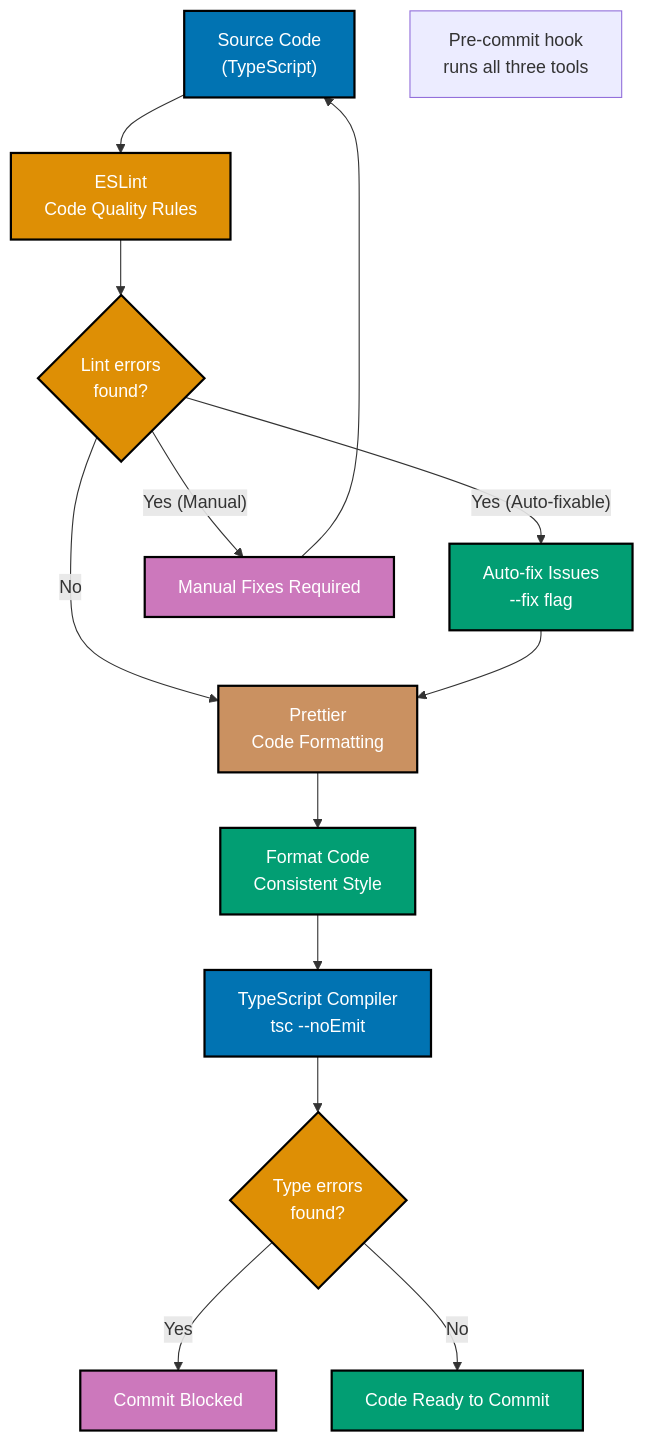
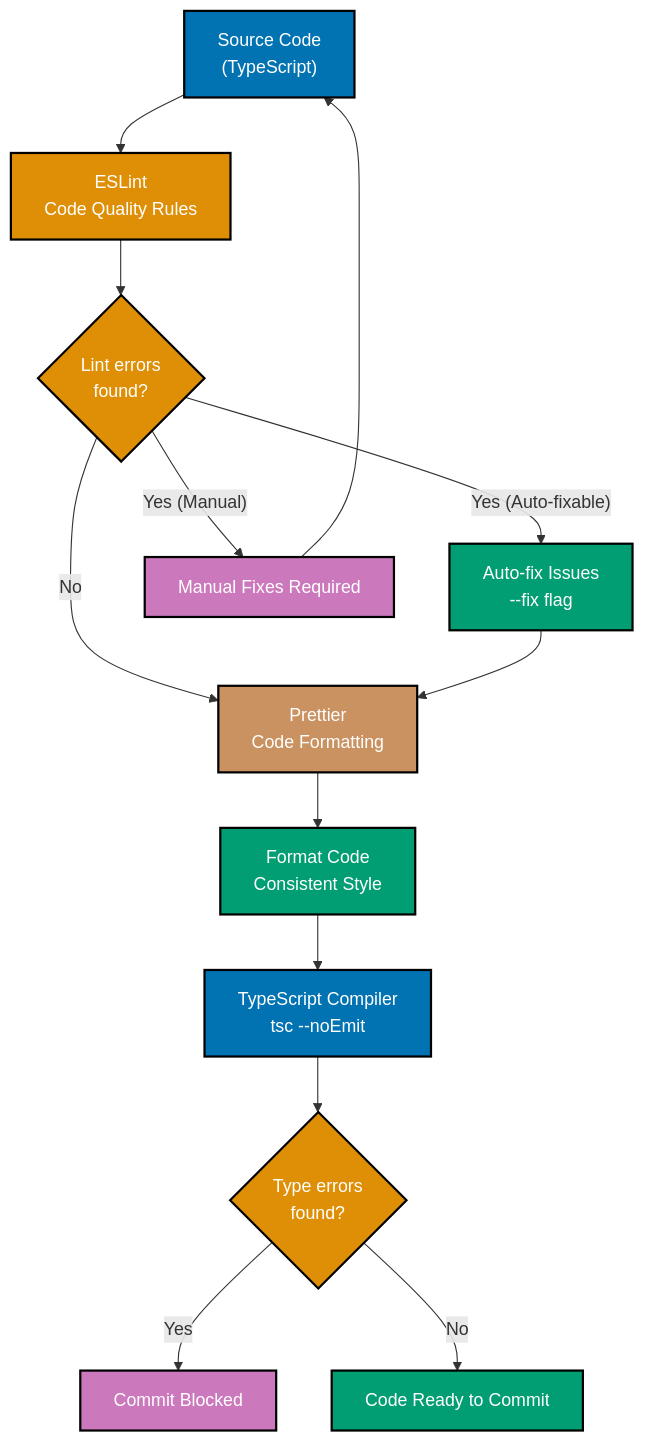
The first of 5 diagrams in docs/explanation/software-engineering/programming-languages/typescript/linting-and-formatting.md (wahidyankf/ose-primer), drawn with Mermaid before and after one commit. The commit also changed other lines of this file and 16 other files, not shown here.

Commit message:
fix(docs): fix mermaid violations in typescript/ docs (batch 1/10)

````diff
--- a/docs/explanation/software-engineering/programming-languages/typescript/linting-and-formatting.md
+++ b/docs/explanation/software-engineering/programming-languages/typescript/linting-and-formatting.md
@@ -40,39 +40,37 @@
 ```mermaid
 %% Color Palette: Blue #0173B2, Orange #DE8F05, Teal #029E73, Purple #CC78BC, Brown #CA9161
 graph TD
     Code["Source Code<br/>#40;TypeScript#41;"]:::blue
     ESLint["ESLint<br/>Code Quality Rules"]:::orange
     ESLintErrors{"Lint errors<br/>found?"}:::orange
     AutoFix["Auto-fix Issues<br/>--fix flag"]:::teal
     ManualFix["Manual Fixes Required"]:::purple
 
     Prettier["Prettier<br/>Code Formatting"]:::brown
     PrettierFormat["Format Code<br/>Consistent Style"]:::teal
 
     TSC["TypeScript Compiler<br/>tsc --noEmit"]:::blue
     TypeErrors{"Type errors<br/>found?"}:::orange
     Success["Code Ready to Commit"]:::teal
     Fail["Commit Blocked"]:::purple
 
     Code --> ESLint
     ESLint --> ESLintErrors
     ESLintErrors -->|Yes #40;Auto-fixable#41;| AutoFix
     ESLintErrors -->|Yes #40;Manual#41;| ManualFix
     ESLintErrors -->|No| Prettier
     AutoFix --> Prettier
     ManualFix --> Code
 
     Prettier --> PrettierFormat
     PrettierFormat --> TSC
     TSC --> TypeErrors
     TypeErrors -->|Yes| Fail
     TypeErrors -->|No| Success
 
-    Note1["Pre-commit hook<br/>runs all three tools"]
-
     classDef blue fill:#0173B2,stroke:#000000,color:#FFFFFF,stroke-width:2px
     classDef orange fill:#DE8F05,stroke:#000000,color:#FFFFFF,stroke-width:2px
     classDef teal fill:#029E73,stroke:#000000,color:#FFFFFF,stroke-width:2px
     classDef purple fill:#CC78BC,stroke:#000000,color:#FFFFFF,stroke-width:2px
     classDef brown fill:#CA9161,stroke:#000000,color:#FFFFFF,stroke-width:2px
 ```
````
